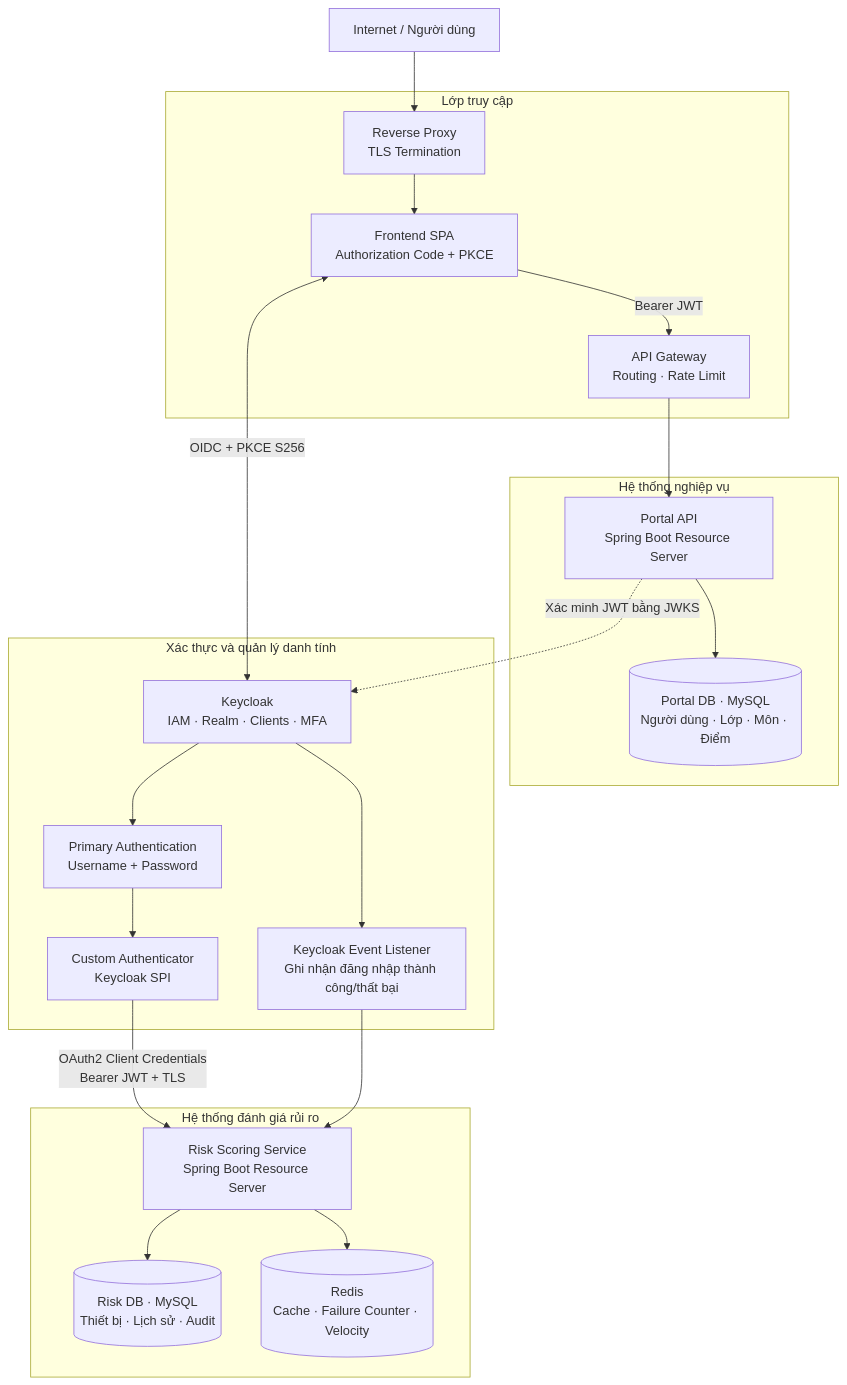
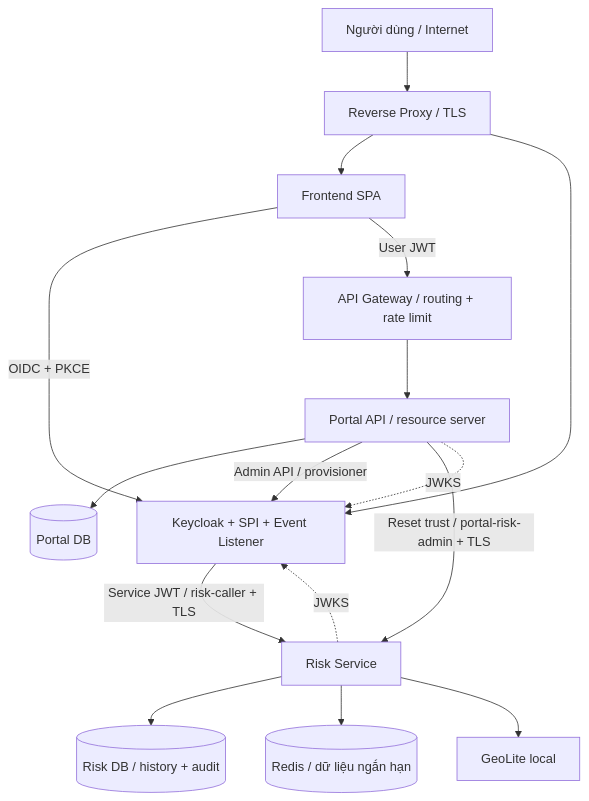
One commit to NguyenTruong-An/zerotrust changed the second of 3 diagrams in ARCHITECTURE.md. Above: the diagram before and after it, drawn with Mermaid. The commit also changed other lines of this file and 132 other files, not shown here.

````diff
--- a/ARCHITECTURE.md
+++ b/ARCHITECTURE.md
@@ -21,30 +72,18 @@
 ```mermaid
 flowchart TB
-    USER["Internet / Người dùng"] --> RP["Reverse Proxy<br/>TLS Termination"]
-
-    subgraph ACCESS["Lớp truy cập"]
-        RP --> SPA["Frontend SPA<br/>Authorization Code + PKCE"]
-        SPA -->|"Bearer JWT"| GW["API Gateway<br/>Routing · Rate Limit"]
-    end
-
-    subgraph PORTAL["Hệ thống nghiệp vụ"]
-        GW --> APP["Portal API<br/>Spring Boot Resource Server"]
-        APP --> PDB[("Portal DB · MySQL<br/>Người dùng · Lớp · Môn · Điểm")]
-    end
-
-    subgraph IAM["Xác thực và quản lý danh tính"]
-        SPA <-->|"OIDC + PKCE S256"| KC["Keycloak<br/>IAM · Realm · Clients · MFA"]
-        KC --> PA["Primary Authentication<br/>Username + Password"]
-        PA --> SPI["Custom Authenticator<br/>Keycloak SPI"]
-        KC --> EL["Keycloak Event Listener<br/>Ghi nhận đăng nhập thành công/thất bại"]
-    end
-
-    subgraph RISK["Hệ thống đánh giá rủi ro"]
-        SPI -->|"OAuth2 Client Credentials<br/>Bearer JWT + TLS"| RS["Risk Scoring Service<br/>Spring Boot Resource Server"]
-        EL --> RS
-        RS --> RDB[("Risk DB · MySQL<br/>Thiết bị · Lịch sử · Audit")]
-        RS --> REDIS[("Redis<br/>Cache · Failure Counter · Velocity")]
-    end
-
-    APP -. "Xác minh JWT bằng JWKS" .-> KC
+    U["Người dùng / Internet"] --> RP["Reverse Proxy / TLS"]
+    RP --> SPA["Frontend SPA"]
+    RP --> KC["Keycloak + SPI + Event Listener"]
+    SPA -->|"OIDC + PKCE"| KC
+    SPA -->|"User JWT"| GW["API Gateway / routing + rate limit"]
+    GW --> P["Portal API / resource server"]
+    P --> PDB[("Portal DB")]
+    P -->|"Admin API / provisioner"| KC
+    P -->|"Reset trust / portal-risk-admin + TLS"| R["Risk Service"]
+    KC -->|"Service JWT / risk-caller + TLS"| R
+    R --> RDB[("Risk DB / history + audit")]
+    R --> RD[("Redis / dữ liệu ngắn hạn")]
+    R --> G["GeoLite local"]
+    P -. "JWKS" .-> KC
+    R -. "JWKS" .-> KC
 ```
````
